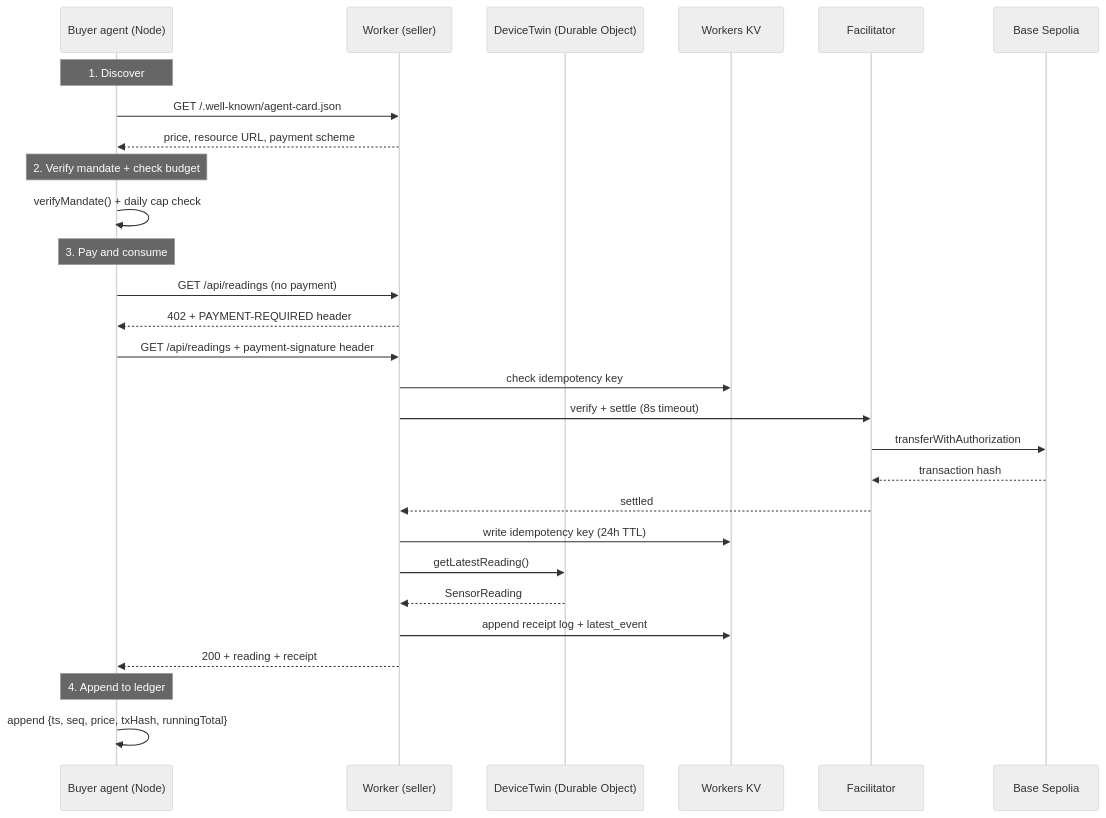
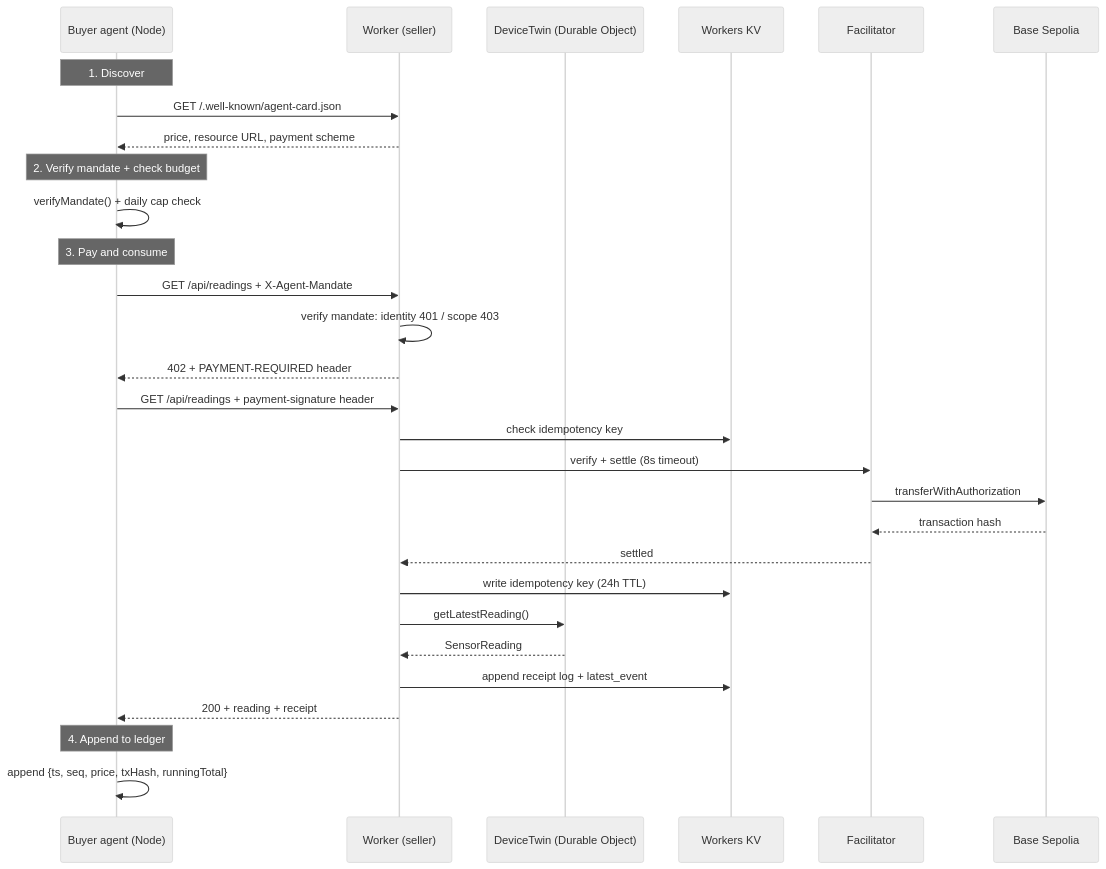
The diagram in README.md (Soresta/x402-iot-poc), drawn with Mermaid (neutral theme) before and after one commit. The commit also changed other lines of this file and 8 other files, not shown here.

````diff
--- a/README.md
+++ b/README.md
@@ -37,34 +37,35 @@
 ```mermaid
 sequenceDiagram
     participant B as Buyer agent (Node)
     participant W as Worker (seller)
     participant DO as DeviceTwin (Durable Object)
     participant KV as Workers KV
     participant F as Facilitator
     participant C as Base Sepolia
 
     Note over B: 1. Discover
     B->>W: GET /.well-known/agent-card.json
     W-->>B: price, resource URL, payment scheme
 
     Note over B: 2. Verify mandate + check budget
     B->>B: verifyMandate() + daily cap check
 
     Note over B: 3. Pay and consume
-    B->>W: GET /api/readings (no payment)
+    B->>W: GET /api/readings + X-Agent-Mandate
+    W->>W: verify mandate: identity 401 / scope 403
     W-->>B: 402 + PAYMENT-REQUIRED header
     B->>W: GET /api/readings + payment-signature header
     W->>KV: check idempotency key
     W->>F: verify + settle (8s timeout)
     F->>C: transferWithAuthorization
     C-->>F: transaction hash
     F-->>W: settled
     W->>KV: write idempotency key (24h TTL)
     W->>DO: getLatestReading()
     DO-->>W: SensorReading
     W->>KV: append receipt log + latest_event
     W-->>B: 200 + reading + receipt
 
     Note over B: 4. Append to ledger
     B->>B: append {ts, seq, price, txHash, runningTotal}
 ```
````
